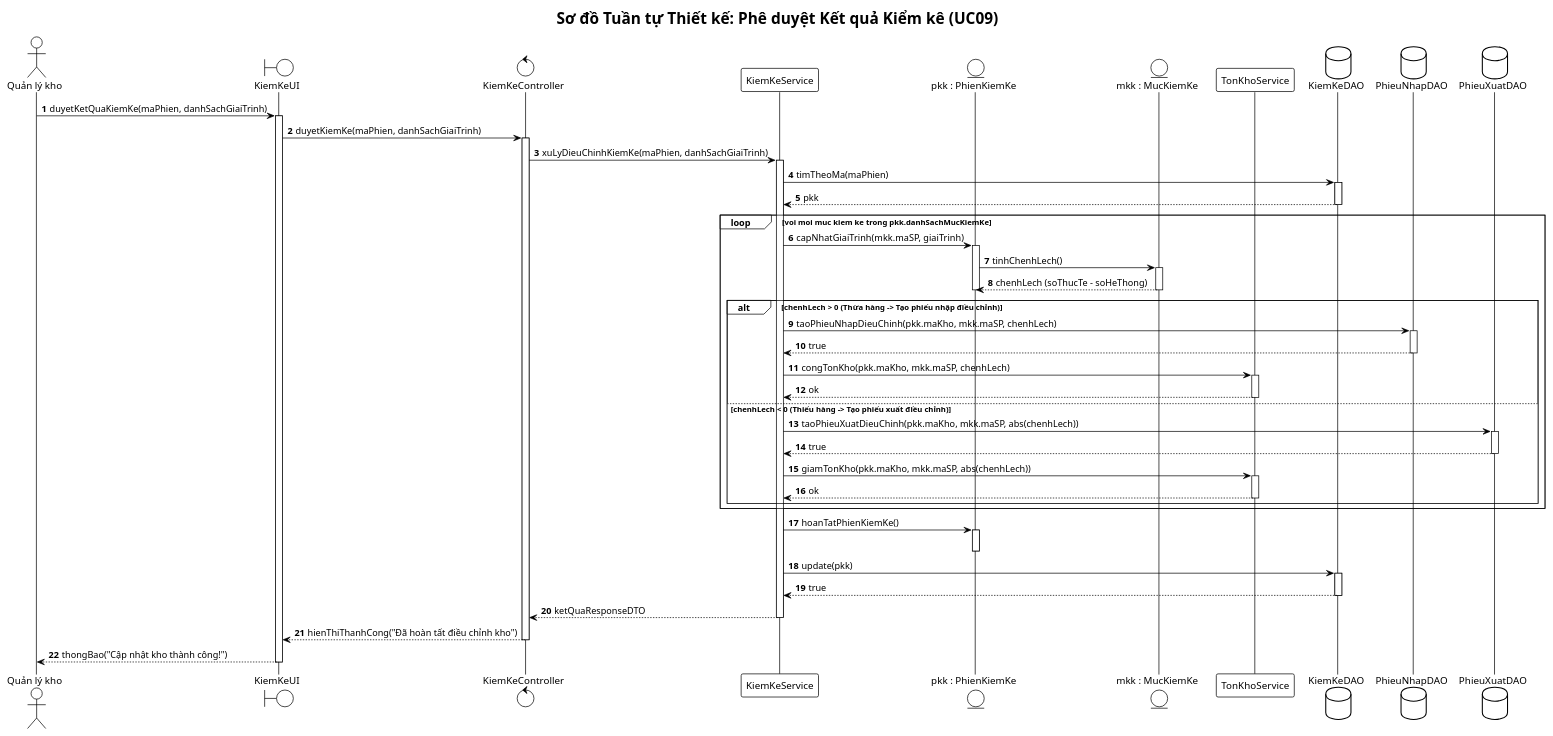
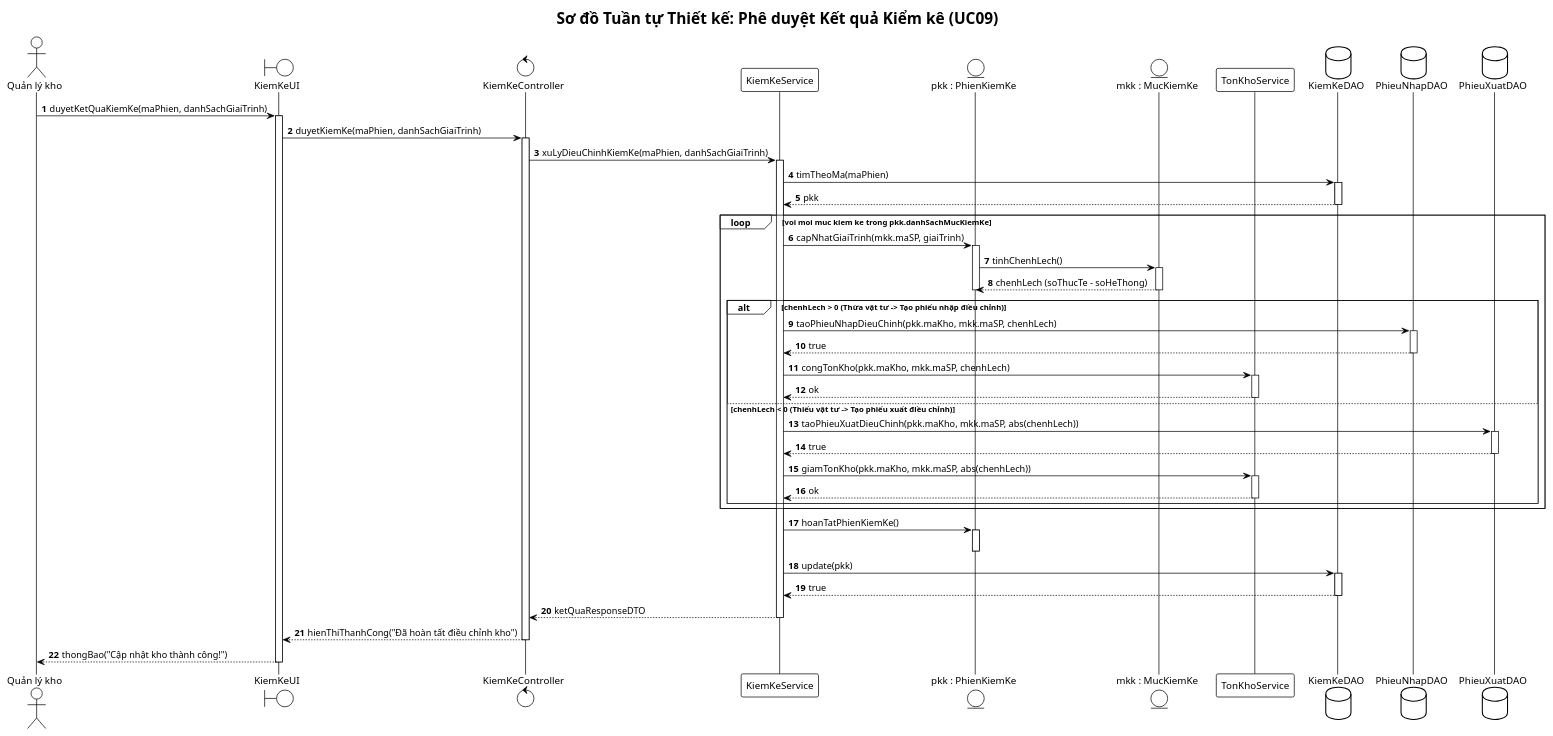
One commit to vuhoabinh2416137/G8_Quanlysanphamvakhohang changed the third of 3 diagrams in BTL-QuanLyKhoHang/plantuml/sequence-diagrams.puml. Above: the diagram before and after it, drawn with PlantUML. The commit also changed other lines of this file and 73 other files, not shown here.

```diff
--- a/BTL-QuanLyKhoHang/plantuml/sequence-diagrams.puml
+++ b/BTL-QuanLyKhoHang/plantuml/sequence-diagrams.puml
@@ -169,80 +142,80 @@
 @startuml sequence-kiem-ke
 !theme plain
 autonumber
 skinparam responseMessageBelowArrow true
 skinparam defaultFontName "Arial"
 
 title Sơ đồ Tuần tự Thiết kế: Phê duyệt Kết quả Kiểm kê (UC09)
 
 actor "Quản lý kho" as QLK
 boundary "KiemKeUI" as UI
 control "KiemKeController" as Ctrl
 participant "KiemKeService" as Service
 entity "pkk : PhienKiemKe" as PKK
 entity "mkk : MucKiemKe" as MKK
 participant "TonKhoService" as TKService
 database "KiemKeDAO" as KKDAO
 database "PhieuNhapDAO" as PNDAO
 database "PhieuXuatDAO" as PXDAO
 
 QLK -> UI: duyetKetQuaKiemKe(maPhien, danhSachGiaiTrinh)
 activate UI
 UI -> Ctrl: duyetKiemKe(maPhien, danhSachGiaiTrinh)
 activate Ctrl
 
 Ctrl -> Service: xuLyDieuChinhKiemKe(maPhien, danhSachGiaiTrinh)
 activate Service
 
 Service -> KKDAO: timTheoMa(maPhien)
 activate KKDAO
 KKDAO --> Service: pkk
 deactivate KKDAO
 
 loop voi moi muc kiem ke trong pkk.danhSachMucKiemKe
     Service -> PKK: capNhatGiaiTrinh(mkk.maSP, giaiTrinh)
     activate PKK
     PKK -> MKK: tinhChenhLech()
     activate MKK
     MKK --> PKK: chenhLech (soThucTe - soHeThong)
     deactivate MKK
     deactivate PKK
     
-    alt chenhLech > 0 (Thừa hàng -> Tạo phiếu nhập điều chỉnh)
+    alt chenhLech > 0 (Thừa vật tư -> Tạo phiếu nhập điều chỉnh)
         Service -> PNDAO: taoPhieuNhapDieuChinh(pkk.maKho, mkk.maSP, chenhLech)
         activate PNDAO
         PNDAO --> Service: true
         deactivate PNDAO
         Service -> TKService: congTonKho(pkk.maKho, mkk.maSP, chenhLech)
         activate TKService
         TKService --> Service: ok
         deactivate TKService
-    else chenhLech < 0 (Thiếu hàng -> Tạo phiếu xuất điều chỉnh)
+    else chenhLech < 0 (Thiếu vật tư -> Tạo phiếu xuất điều chỉnh)
         Service -> PXDAO: taoPhieuXuatDieuChinh(pkk.maKho, mkk.maSP, abs(chenhLech))
         activate PXDAO
         PXDAO --> Service: true
         deactivate PXDAO
         Service -> TKService: giamTonKho(pkk.maKho, mkk.maSP, abs(chenhLech))
         activate TKService
         TKService --> Service: ok
         deactivate TKService
     end
 end
 
 Service -> PKK: hoanTatPhienKiemKe()
 activate PKK
 deactivate PKK
 
 Service -> KKDAO: update(pkk)
 activate KKDAO
 KKDAO --> Service: true
 deactivate KKDAO
 
 Service --> Ctrl: ketQuaResponseDTO
 deactivate Service
 
 Ctrl --> UI: hienThiThanhCong("Đã hoàn tất điều chỉnh kho")
 deactivate Ctrl
 
 UI --> QLK: thongBao("Cập nhật kho thành công!")
 deactivate UI
 @enduml
```
